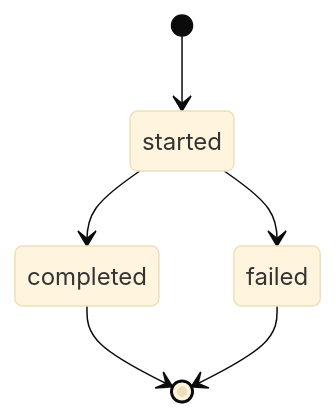
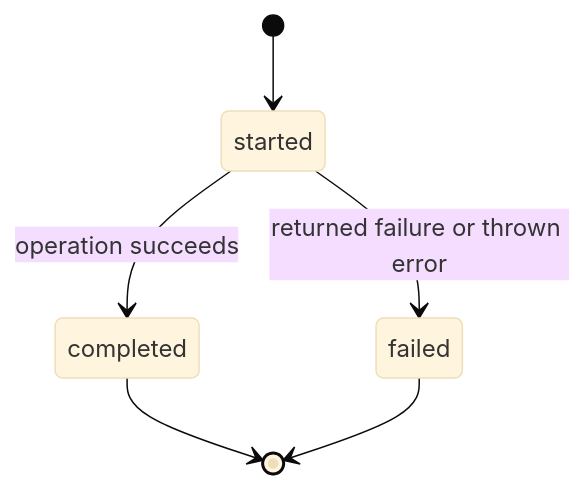
The second of 2 diagrams in docs/features/structured-pipeline-logs.md (feraranas/just-a-clipper-engine), drawn with Mermaid (base theme) before and after one commit. The commit also changed other lines of this file and 3 other files, not shown here.

````diff
--- a/docs/features/structured-pipeline-logs.md
+++ b/docs/features/structured-pipeline-logs.md
@@ -22,8 +24,8 @@
 ```mermaid
 stateDiagram-v2
   [*] --> started
-  started --> completed
-  started --> failed
+  started --> completed: operation succeeds
+  started --> failed: returned failure or thrown error
   completed --> [*]
   failed --> [*]
 ```
````
